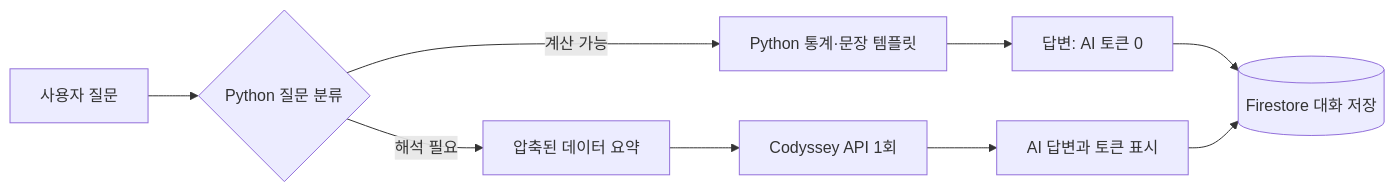
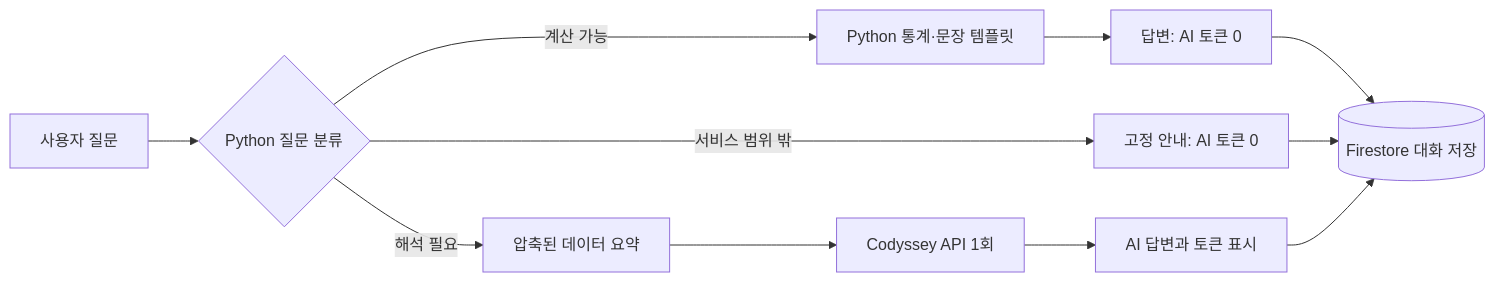
One commit to Builter251/naedon-assistant changed the diagram in README.md. Above: the diagram before and after it, drawn with Mermaid. The commit also changed other lines of this file and 3 other files, not shown here.

````diff
--- a/README.md
+++ b/README.md
@@ -48,11 +48,13 @@
 ```mermaid
 flowchart LR
     U[사용자 질문] --> R{Python 질문 분류}
+    R -->|서비스 범위 밖| W[고정 안내: AI 토큰 0]
     R -->|계산 가능| P[Python 통계·문장 템플릿]
     P --> Z[답변: AI 토큰 0]
     R -->|해석 필요| S[압축된 데이터 요약]
     S --> A[Codyssey API 1회]
     A --> C[AI 답변과 토큰 표시]
     Z --> F[(Firestore 대화 저장)]
+    W --> F
     C --> F
 ```
````
